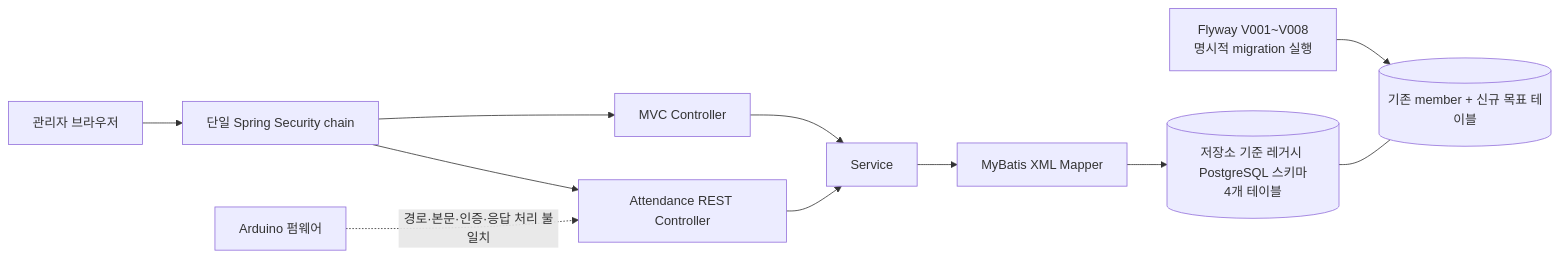
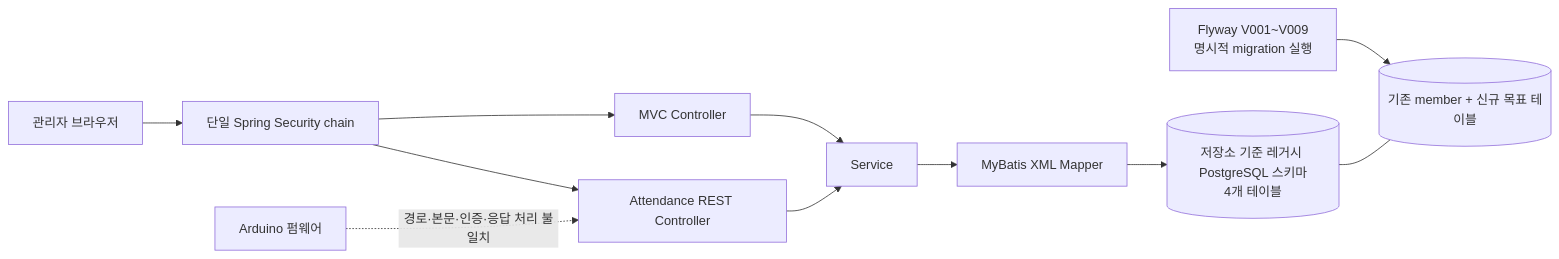
The first of 6 diagrams in docs/ARCHITECTURE.md (jinhokingofworld/attend), drawn with Mermaid before and after one commit. The commit also changed other lines of this file and 21 other files, not shown here.

````diff
--- a/docs/ARCHITECTURE.md
+++ b/docs/ARCHITECTURE.md
@@ -120,13 +120,13 @@
 ```mermaid
 flowchart LR
     B["관리자 브라우저"] --> SC["단일 Spring Security chain"]
     SC --> MVC["MVC Controller"]
     SC --> API["Attendance REST Controller"]
     MVC --> S["Service"]
     API --> S
     S --> M["MyBatis XML Mapper"]
     M --> LDB[("저장소 기준 레거시 PostgreSQL 스키마<br>4개 테이블")]
-    FLY["Flyway V001~V008<br>명시적 migration 실행"] --> TDB[("기존 member + 신규 목표 테이블")]
+    FLY["Flyway V001~V009<br>명시적 migration 실행"] --> TDB[("기존 member + 신규 목표 테이블")]
     LDB --- TDB
     NFC["Arduino 펌웨어"] -. "경로·본문·인증·응답 처리 불일치" .-> API
 ```
````
